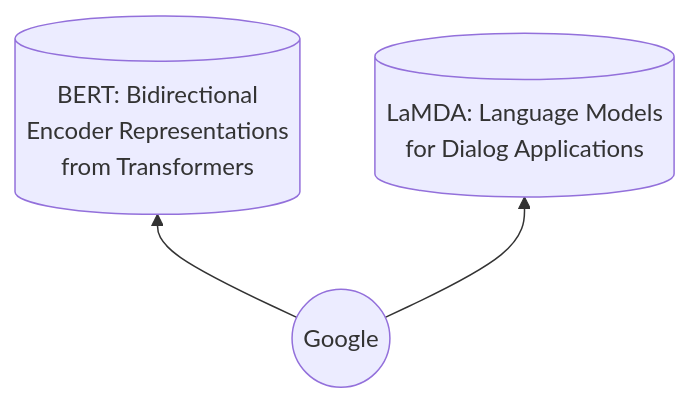
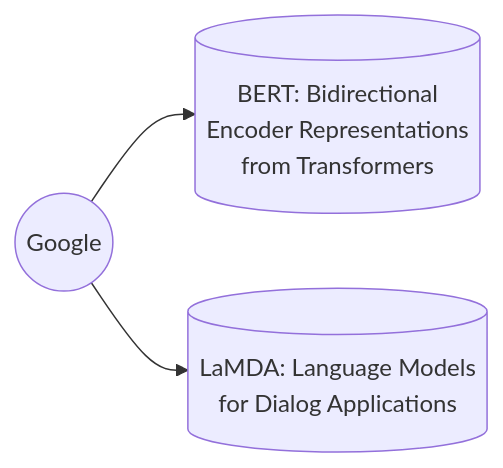
One commit to FuReSH/slides changed the first of 3 diagrams in 2023-01-ki/slides.md. Above: the diagram before and after it, drawn with Mermaid. The commit also changed other lines of this file and 4 other files, not shown here.

```diff
--- a/2023-01-ki/slides.md
+++ b/2023-01-ki/slides.md
@@ -102,5 +160,5 @@
 <pre class="mermaid">
-flowchart BT
+flowchart LR
     comp1((Google)) --> bert[(BERT: Bidirectional \nEncoder Representations \nfrom Transformers)]
-    comp1((Google)) --> lambda[(LaMDA: Language Models \nfor Dialog Applications)]
+    comp1 --> lambda[(LaMDA: Language Models \nfor Dialog Applications)]
 </pre>
```
